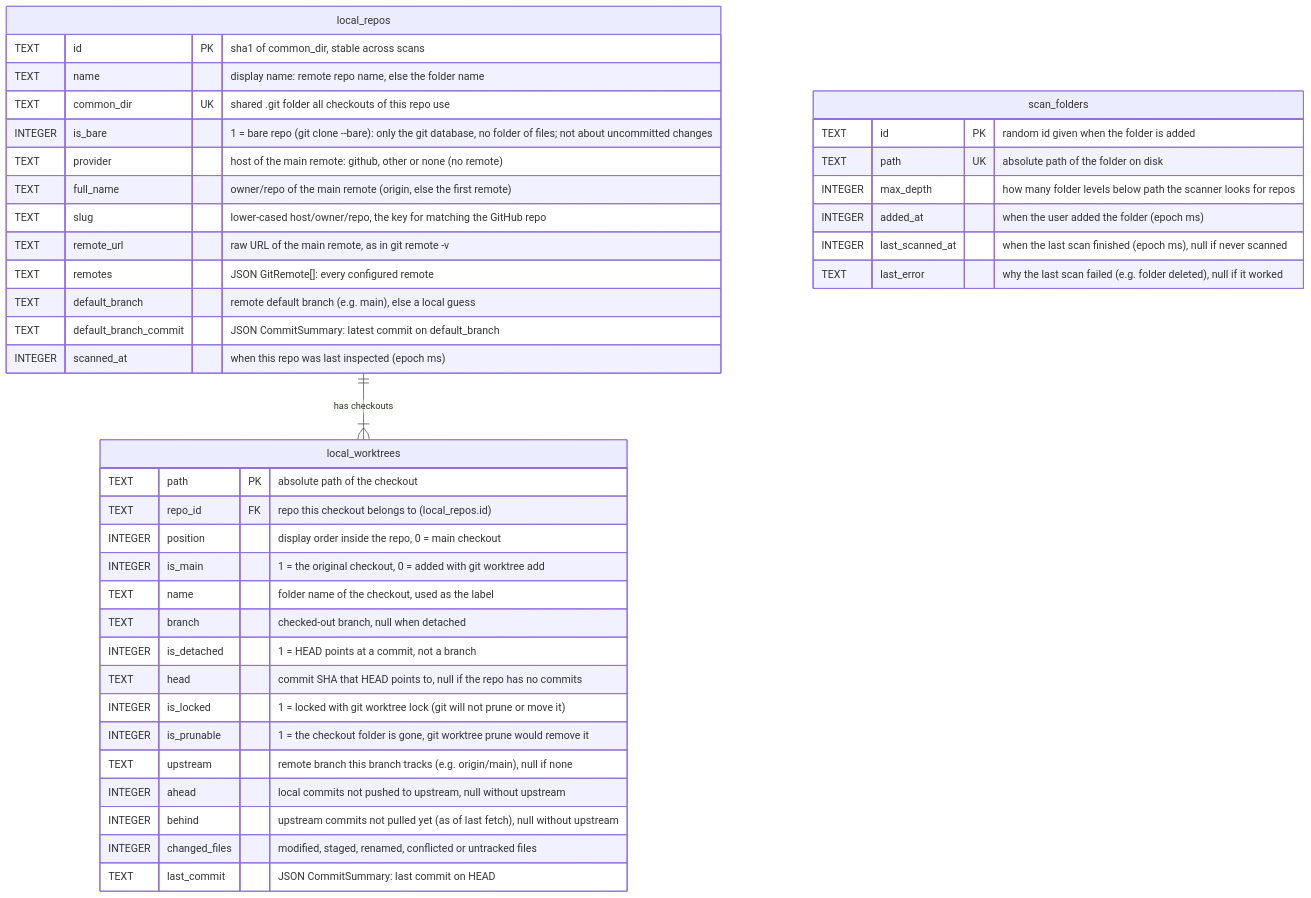
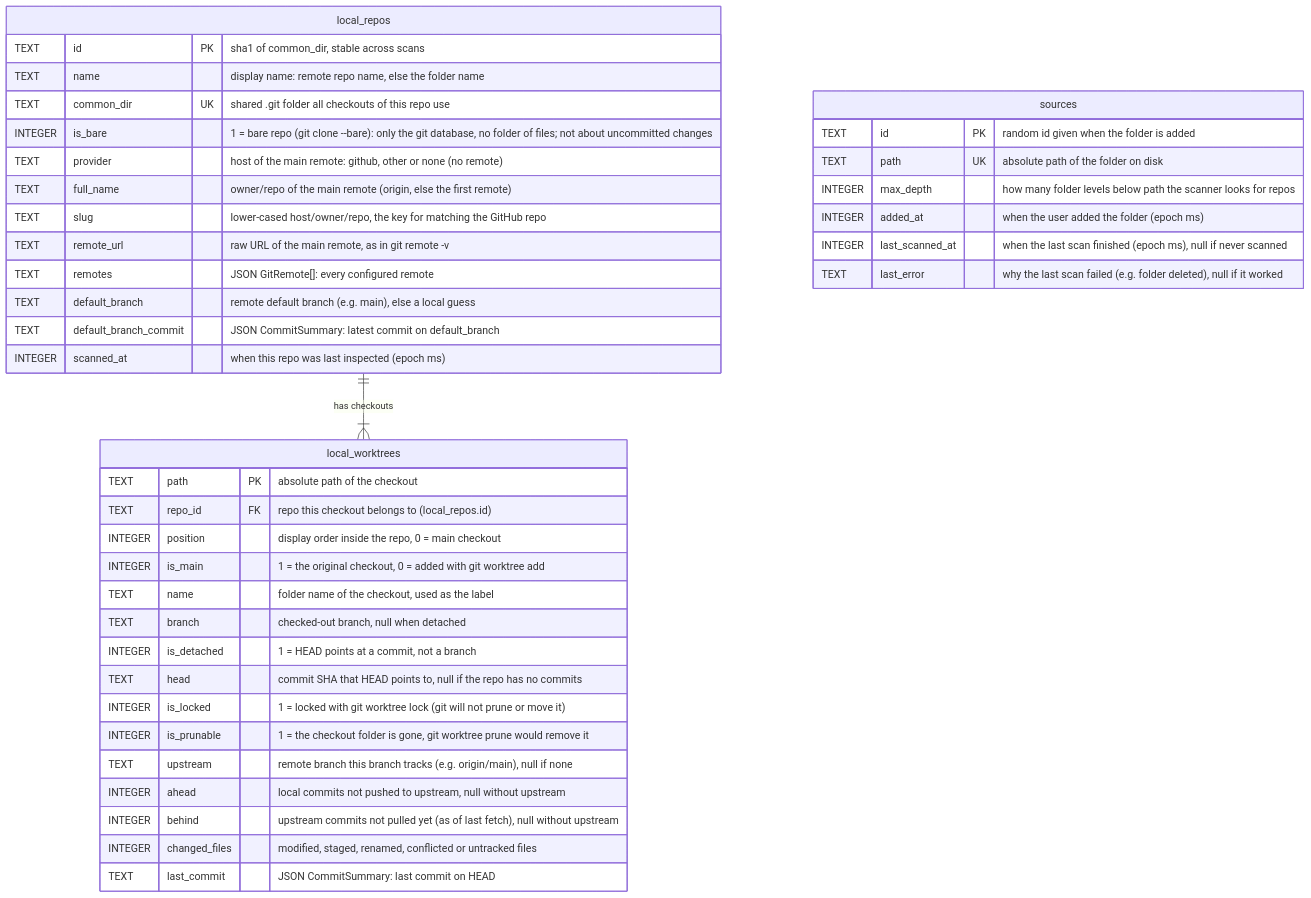
Before and after one commit to idotalmor/the-garage-desktop-rn: the first of 3 diagrams in src/main/local-repos/db/tables/README.md, drawn with Mermaid. The commit also changed other lines of this file and 16 other files, not shown here.

Commit message:
Rename scan_folders to sources

````diff
--- a/src/main/local-repos/db/tables/README.md
+++ b/src/main/local-repos/db/tables/README.md
@@ -31,44 +31,44 @@
 ```mermaid
 erDiagram
   local_repos ||--|{ local_worktrees : "has checkouts"
 
-  scan_folders {
+  sources {
     TEXT id PK "random id given when the folder is added"
     TEXT path UK "absolute path of the folder on disk"
     INTEGER max_depth "how many folder levels below path the scanner looks for repos"
     INTEGER added_at "when the user added the folder (epoch ms)"
     INTEGER last_scanned_at "when the last scan finished (epoch ms), null if never scanned"
     TEXT last_error "why the last scan failed (e.g. folder deleted), null if it worked"
   }
   local_repos {
     TEXT id PK "sha1 of common_dir, stable across scans"
     TEXT name "display name: remote repo name, else the folder name"
     TEXT common_dir UK "shared .git folder all checkouts of this repo use"
     INTEGER is_bare "1 = bare repo (git clone --bare): only the git database, no folder of files; not about uncommitted changes"
     TEXT provider "host of the main remote: github, other or none (no remote)"
     TEXT full_name "owner/repo of the main remote (origin, else the first remote)"
     TEXT slug "lower-cased host/owner/repo, the key for matching the GitHub repo"
     TEXT remote_url "raw URL of the main remote, as in git remote -v"
     TEXT remotes "JSON GitRemote[]: every configured remote"
     TEXT default_branch "remote default branch (e.g. main), else a local guess"
     TEXT default_branch_commit "JSON CommitSummary: latest commit on default_branch"
     INTEGER scanned_at "when this repo was last inspected (epoch ms)"
   }
   local_worktrees {
     TEXT path PK "absolute path of the checkout"
     TEXT repo_id FK "repo this checkout belongs to (local_repos.id)"
     INTEGER position "display order inside the repo, 0 = main checkout"
     INTEGER is_main "1 = the original checkout, 0 = added with git worktree add"
     TEXT name "folder name of the checkout, used as the label"
     TEXT branch "checked-out branch, null when detached"
     INTEGER is_detached "1 = HEAD points at a commit, not a branch"
     TEXT head "commit SHA that HEAD points to, null if the repo has no commits"
     INTEGER is_locked "1 = locked with git worktree lock (git will not prune or move it)"
     INTEGER is_prunable "1 = the checkout folder is gone, git worktree prune would remove it"
     TEXT upstream "remote branch this branch tracks (e.g. origin/main), null if none"
     INTEGER ahead "local commits not pushed to upstream, null without upstream"
     INTEGER behind "upstream commits not pulled yet (as of last fetch), null without upstream"
     INTEGER changed_files "modified, staged, renamed, conflicted or untracked files"
     TEXT last_commit "JSON CommitSummary: last commit on HEAD"
   }
 ```
````
